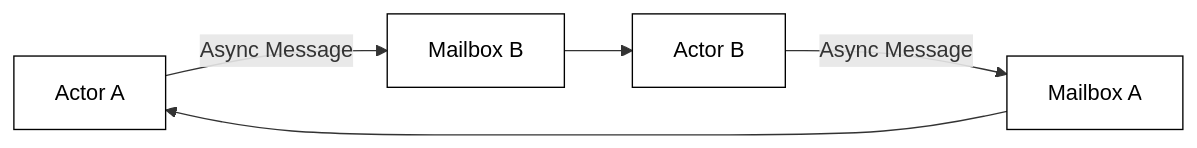
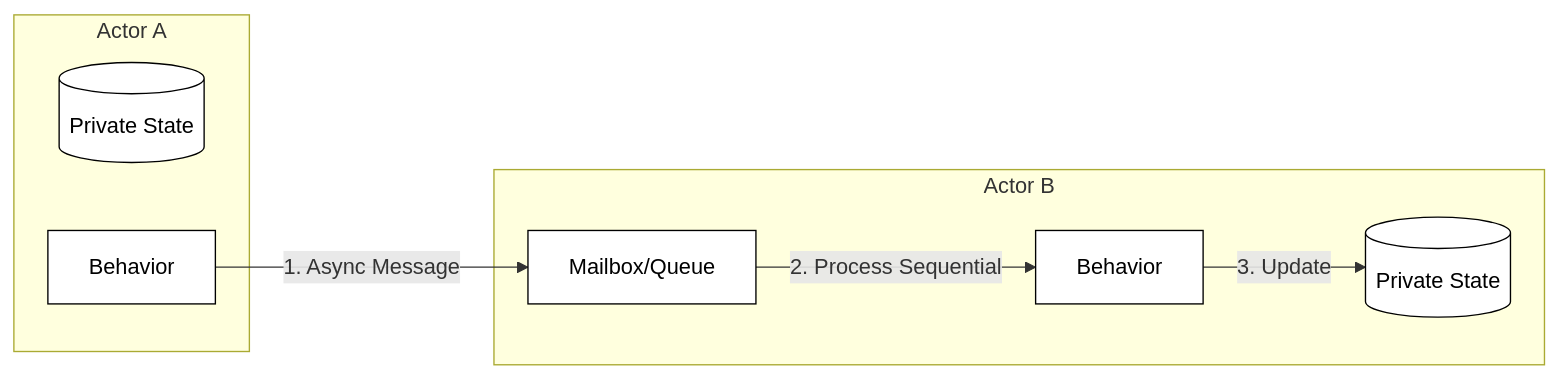
One commit to byucsstudent/cs240v2 changed diagram 13 of 15 in instruction/distributed-application-architectures/distributed-application-architectures.md. Above: the diagram before and after it, drawn with Mermaid. The commit also changed other lines of this file, not shown here.

Commit message:
Lee Jensen - update(Distributed Application Architectures)

````diff
--- a/instruction/distributed-application-architectures/distributed-application-architectures.md
+++ b/instruction/distributed-application-architectures/distributed-application-architectures.md
@@ -426,8 +431,19 @@
 ```mermaid
 graph LR
     classDef default fill:#ffffff,stroke:#000000,color:#000000,stroke-width:1px;
-    ActorA[Actor A] -- "Async Message" --> MailboxB[Mailbox B]
-    MailboxB --> ActorB[Actor B]
-    ActorB -- "Async Message" --> MailboxA[Mailbox A]
-    MailboxA --> ActorA
+    
+    subgraph "Actor A"
+    StateA[(Private State)]
+    LogicA[Behavior]
+    end
+
+    subgraph "Actor B"
+    MailboxB[Mailbox/Queue]
+    LogicB[Behavior]
+    StateB[(Private State)]
+    end
+
+    LogicA -- "1. Async Message" --> MailboxB
+    MailboxB -- "2. Process Sequential" --> LogicB
+    LogicB -- "3. Update" --> StateB
 ```
````
